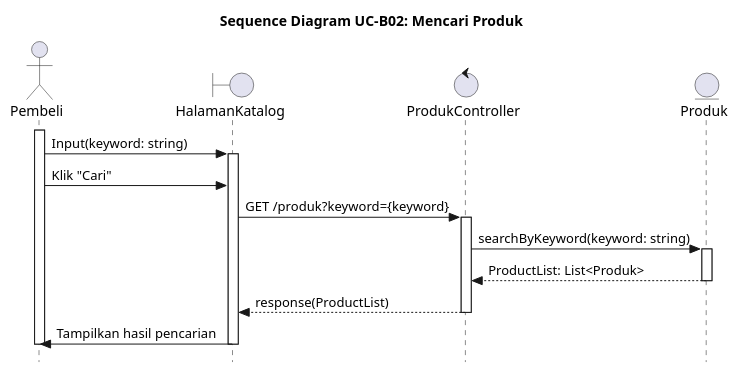
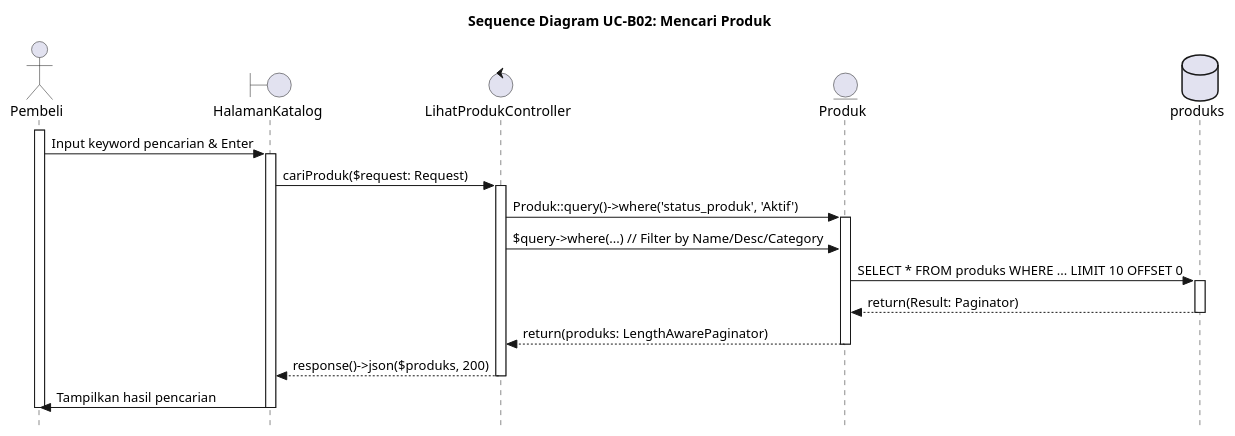
The diagram in UC-B02.PUML (alfiahnurfa/RSI-PROYEK-AKHIR-SEQUENCE), drawn with PlantUML before and after one commit. The commit also changed 8 other files, not shown here.

Commit message:
fix bbrp sequence diagram

```diff
--- a/UC-B02.PUML
+++ b/UC-B02.PUML
@@ -1,31 +1,37 @@
 @startuml SD-UC-B02_MencariProduk
+'MASIH BLM FIX, ASLINYA TIDAK LEWAT BE, HANYA DI FE SAJA
 title Sequence Diagram UC-B02: Mencari Produk
 skinparam style strictuml
 
 actor Pembeli
 boundary HalamanKatalog
-control ProdukController
+control LihatProdukController
 entity Produk
+database produks
 
 activate Pembeli
-Pembeli -> HalamanKatalog : Input(keyword: string)
+Pembeli -> HalamanKatalog : Input keyword pencarian & Enter
 activate HalamanKatalog
 
-Pembeli -> HalamanKatalog : Klik "Cari"
+HalamanKatalog -> LihatProdukController : cariProduk($request: Request)
+activate LihatProdukController
 
-HalamanKatalog -> ProdukController : GET /produk?keyword={keyword}
-activate ProdukController
+LihatProdukController -> Produk : Produk::query()->where('status_produk', 'Aktif')
+activate Produk
 
-ProdukController -> Produk : searchByKeyword(keyword: string)
-activate Produk
-Produk --> ProdukController : ProductList: List<Produk>
+LihatProdukController -> Produk : $query->where(...) // Filter by Name/Desc/Category
+Produk -> produks : SELECT * FROM produks WHERE ... LIMIT 10 OFFSET 0
+activate produks
+produks --> Produk : return(Result: Paginator)
+deactivate produks
+
+Produk --> LihatProdukController : return(produks: LengthAwarePaginator)
 deactivate Produk
 
-ProdukController --> HalamanKatalog : response(ProductList)
-deactivate ProdukController
+LihatProdukController --> HalamanKatalog : response()->json($produks, 200)
+deactivate LihatProdukController
 
 HalamanKatalog -> Pembeli : Tampilkan hasil pencarian
 deactivate HalamanKatalog
 deactivate Pembeli
-
 @enduml
```
